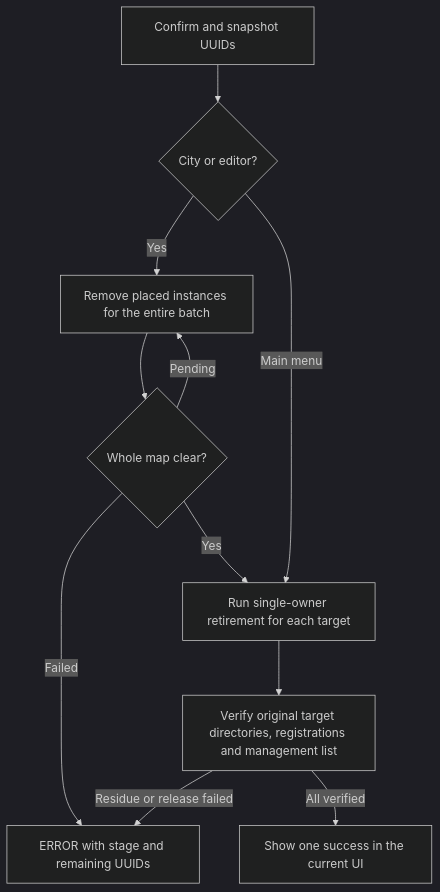
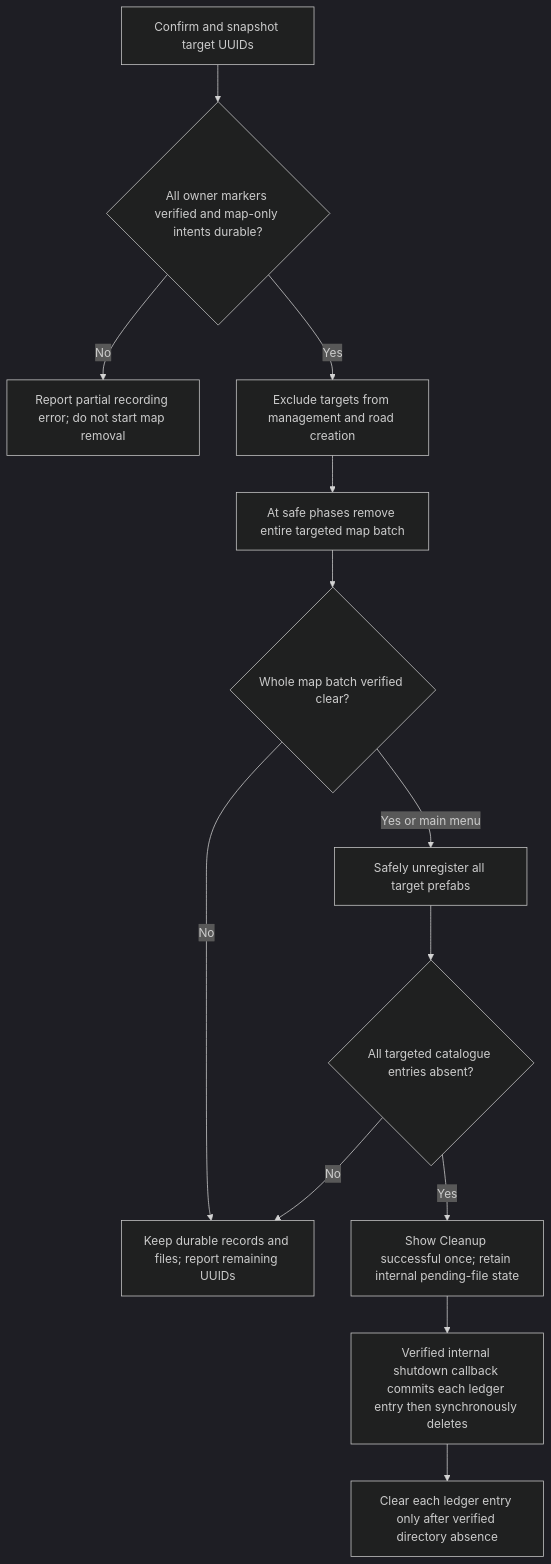
Before and after one commit to Chengxuan-He/CS2BridgeBuilder: the third of 3 diagrams in docs/agent-contract/BRIDGE_DELETION.md, drawn with Mermaid (dark theme). The commit also changed other lines of this file and 405 other files, not shown here.

First line of the commit message:
Pre-release snapshot: material routing, GPU generation and deletion lifecycle

````diff
--- a/docs/agent-contract/BRIDGE_DELETION.md
+++ b/docs/agent-contract/BRIDGE_DELETION.md
@@ -42,13 +220,15 @@
 ```mermaid
 flowchart TD
-    A[Confirm and snapshot UUIDs] --> B{City or editor?}
-    B -->|Yes| C[Remove placed instances for the entire batch]
-    C --> D{Whole map clear?}
-    D -->|Pending| C
-    D -->|Failed| X[ERROR with stage and remaining UUIDs]
-    D -->|Yes| E[Run single-owner retirement for each target]
-    B -->|Main menu| E
-    E --> F[Verify original target directories, registrations and management list]
-    F -->|Residue or release failed| X
-    F -->|All verified| G[Show one success in the current UI]
+    A[Confirm and snapshot target UUIDs] --> B{All owner markers verified and map-only intents durable?}
+    B -->|No| X[Report partial recording error; do not start map removal]
+    B -->|Yes| C[Exclude targets from management and road creation]
+    C --> D[At safe phases remove entire targeted map batch]
+    D --> E{Whole map batch verified clear?}
+    E -->|No| Y[Keep durable records and files; report remaining UUIDs]
+    E -->|Yes or main menu| F[Safely unregister all target prefabs]
+    F --> G{All targeted catalogue entries absent?}
+    G -->|No| Y
+    G -->|Yes| H[Show Cleanup successful once; retain internal pending-file state]
+    H --> I[Verified internal shutdown callback commits each ledger entry then synchronously deletes]
+    I --> J[Clear each ledger entry only after verified directory absence]
 ```
````
